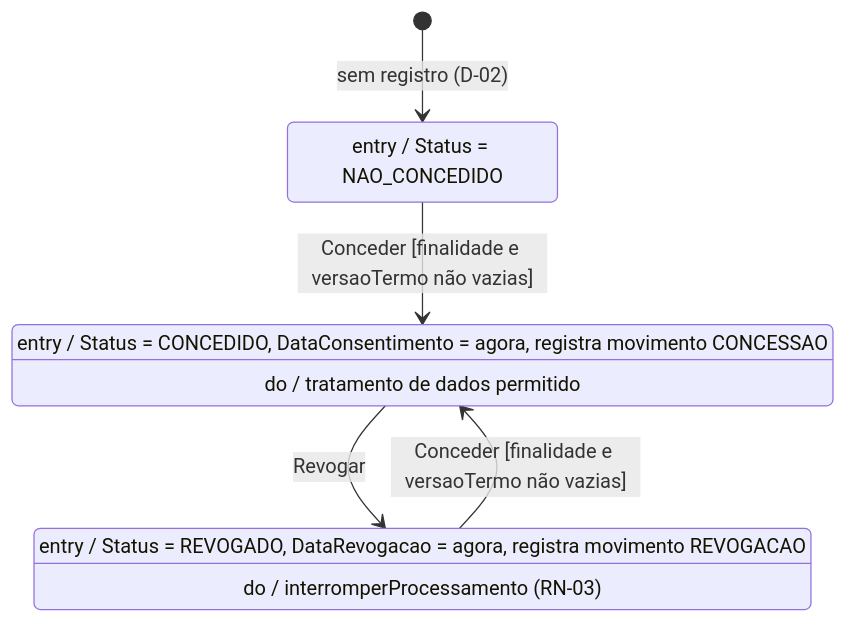
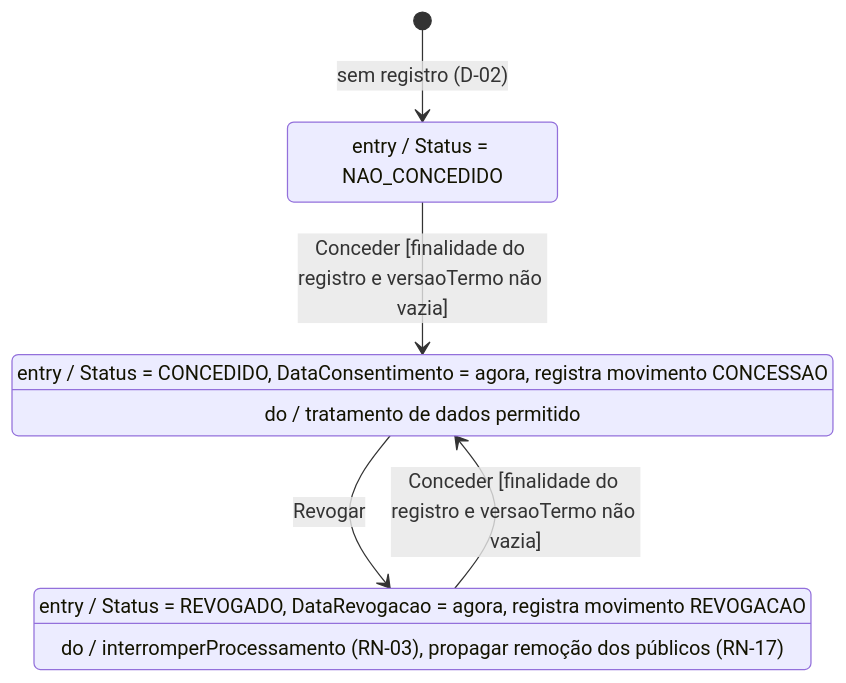
The diagram in docs/uml/UML5_estados_consentimento.md (sthefanyblima/perfila), drawn with Mermaid before and after one commit. The commit also changed other lines of this file and 12 other files, not shown here.

Commit message:
T-69: Spec v1.9 do consentimento por finalidade e dos públicos para campanha, UML e publicos.feature (Q-48 a Q-54)

````diff
--- a/docs/uml/UML5_estados_consentimento.md
+++ b/docs/uml/UML5_estados_consentimento.md
@@ -10,13 +10,13 @@
 ```mermaid
 stateDiagram-v2
   [*] --> NAO_CONCEDIDO : sem registro (D-02)
-  NAO_CONCEDIDO --> CONCEDIDO : Conceder [finalidade e versaoTermo não vazias]
+  NAO_CONCEDIDO --> CONCEDIDO : Conceder [finalidade do registro e versaoTermo não vazia]
   CONCEDIDO --> REVOGADO : Revogar
-  REVOGADO --> CONCEDIDO : Conceder [finalidade e versaoTermo não vazias]
+  REVOGADO --> CONCEDIDO : Conceder [finalidade do registro e versaoTermo não vazia]
 
   NAO_CONCEDIDO : entry / Status = NAO_CONCEDIDO
   CONCEDIDO : entry / Status = CONCEDIDO, DataConsentimento = agora, registra movimento CONCESSAO
   CONCEDIDO : do / tratamento de dados permitido
   REVOGADO : entry / Status = REVOGADO, DataRevogacao = agora, registra movimento REVOGACAO
-  REVOGADO : do / interromperProcessamento (RN-03)
+  REVOGADO : do / interromperProcessamento (RN-03), propagar remoção dos públicos (RN-17)
 ```
````
